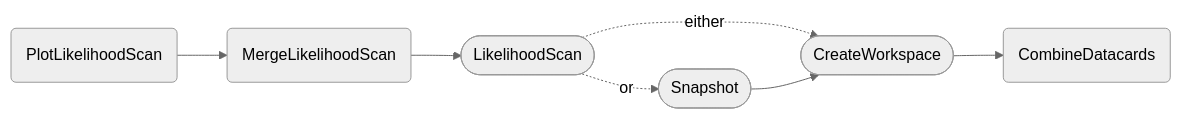
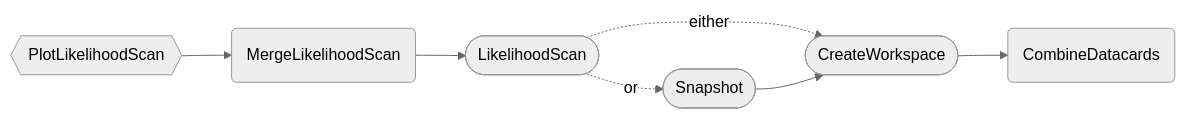
The first of 3 diagrams in docs/content/tasks/likelihood.md (cms-hh/inference_tools), drawn with Mermaid (neutral theme) before and after one commit. The commit also changed other lines of this file and 6 other files, not shown here.

````diff
--- a/docs/content/tasks/likelihood.md
+++ b/docs/content/tasks/likelihood.md
@@ -52,9 +52,9 @@
 ```mermaid
     graph LR;
-    A(PlotLikelihoodScan) --> B(MergeLikelihoodScan);
+    A{{PlotLikelihoodScan}} --> B(MergeLikelihoodScan);
     B --> C([LikelihoodScan]);
     C -. either .-> D([CreateWorkspace]);
     D --> E(CombineDatacards);
     C -. or .-> F([Snapshot]);
     F --> D;
 ```
````
